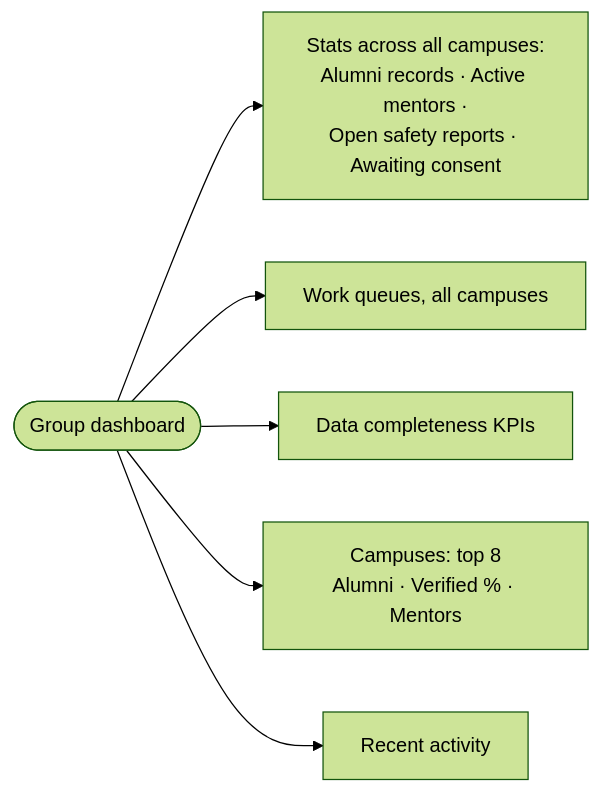
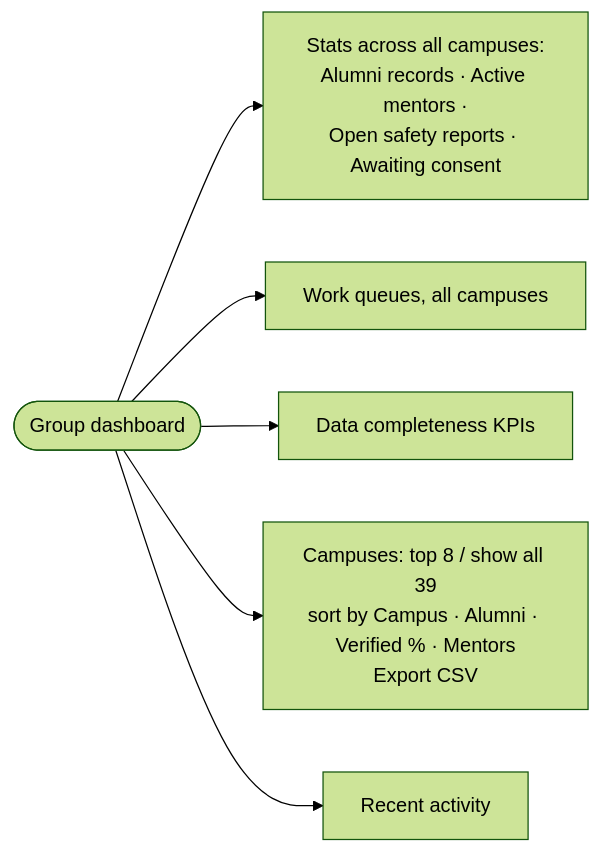
Before and after one commit to shubham-pawar-tc/vibgyor-alumni: the second of 5 diagrams in docs/GAO-FLOW.md, drawn with Mermaid (forest theme). The commit also changed other lines of this file and 17 other files, not shown here.

First line of the commit message:
feat: build the remaining open items from the flow docs

````diff
--- a/docs/GAO-FLOW.md
+++ b/docs/GAO-FLOW.md
@@ -61,8 +61,8 @@
 ```mermaid
 flowchart LR
     A([Group dashboard]) --> B[Stats across all campuses:<br/>Alumni records · Active mentors ·<br/>Open safety reports · Awaiting consent]
     A --> C[Work queues, all campuses]
     A --> D[Data completeness KPIs]
-    A --> E[Campuses: top 8<br/>Alumni · Verified % · Mentors]
+    A --> E[Campuses: top 8 / show all 39<br/>sort by Campus · Alumni · Verified % · Mentors<br/>Export CSV]
     A --> F[Recent activity]
 ```
````
